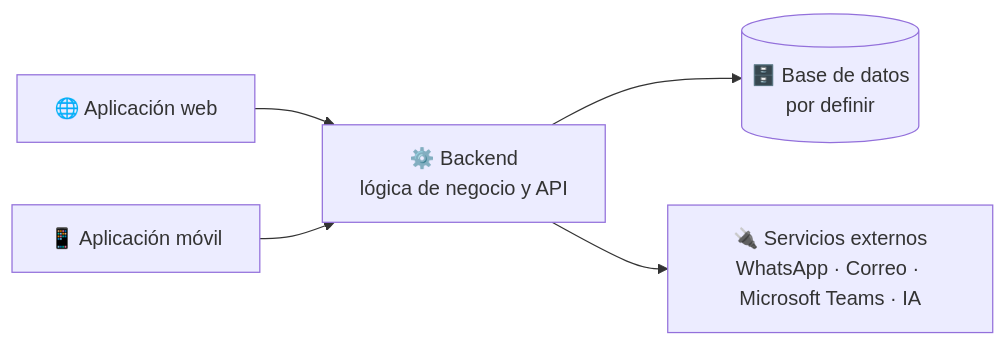
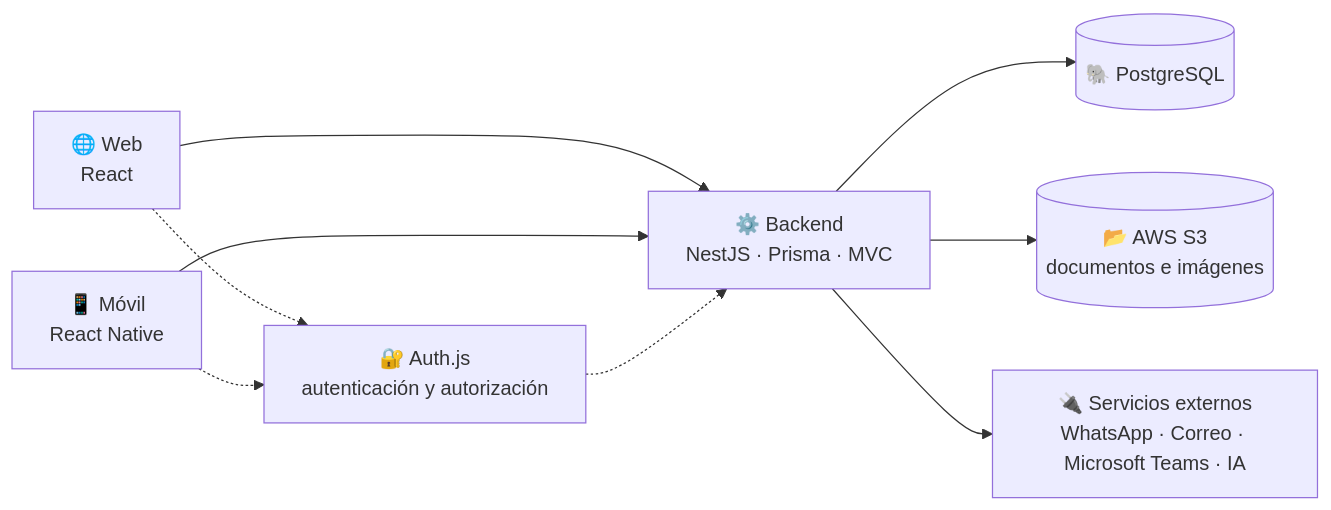
One commit to Jcortesc03/Gestor-semilleros changed the diagram in README.md. Above: the diagram before and after it, drawn with Mermaid. The commit also changed other lines of this file and 1 other file, not shown here.

````diff
--- a/README.md
+++ b/README.md
@@ -56,13 +60,19 @@
 ```mermaid
 flowchart LR
-    W["🌐 Aplicación web"]
-    M["📱 Aplicación móvil"]
-    B["⚙️ Backend<br/>lógica de negocio y API"]
-    DB[("🗄️ Base de datos<br/>por definir")]
+    W["🌐 Web<br/>React"]
+    M["📱 Móvil<br/>React Native"]
+    A["🔐 Auth.js<br/>autenticación y autorización"]
+    B["⚙️ Backend<br/>NestJS · Prisma · MVC"]
+    DB[("🐘 PostgreSQL")]
+    S3[("📂 AWS S3<br/>documentos e imágenes")]
     EXT["🔌 Servicios externos<br/>WhatsApp · Correo · Microsoft Teams · IA"]
 
     W --> B
     M --> B
+    W -.-> A
+    M -.-> A
+    A -.-> B
     B --> DB
+    B --> S3
     B --> EXT
 ```
````
